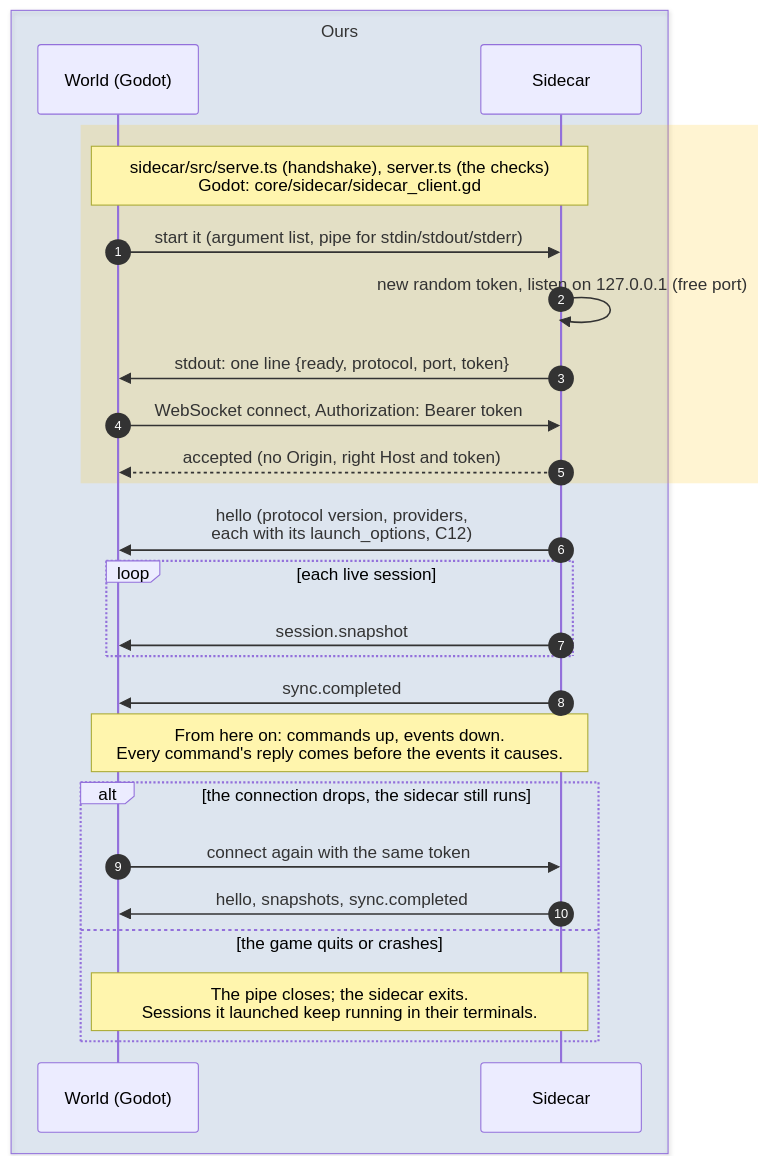
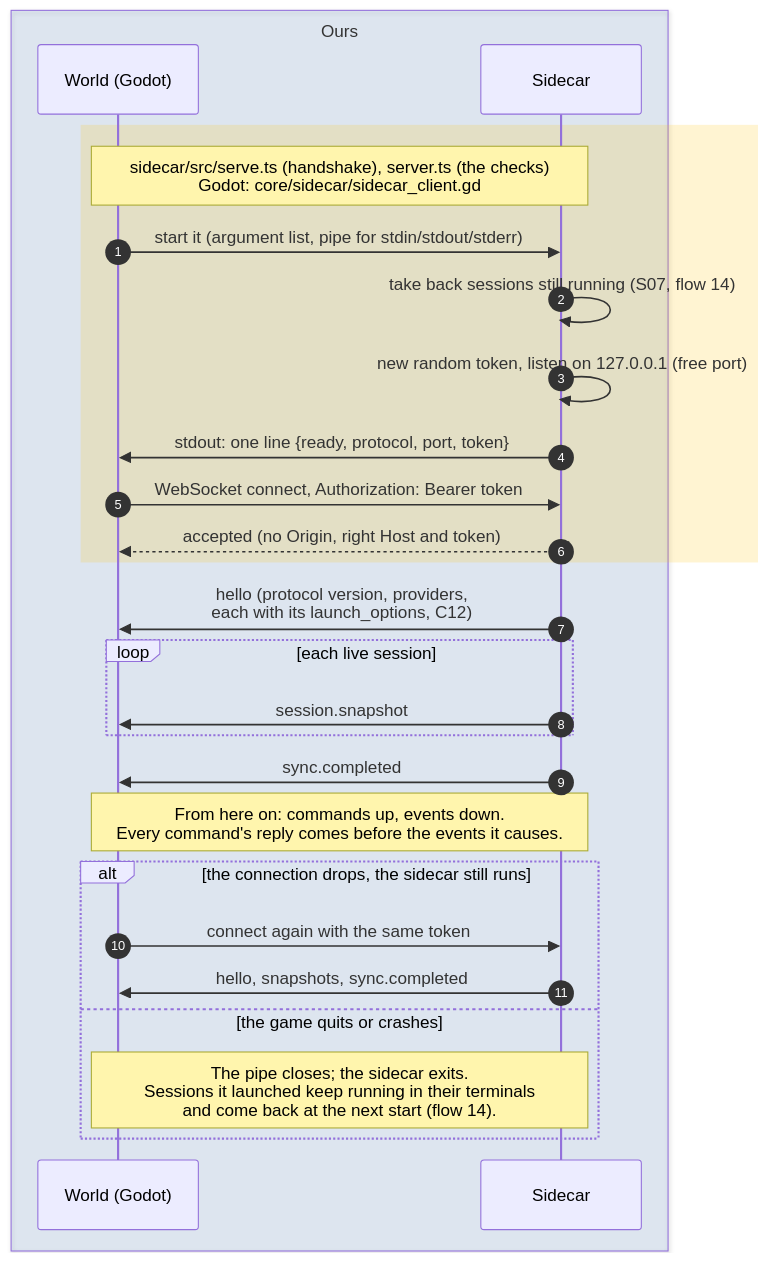
One commit to PaoloPortugal/The-Beach changed the diagram in docs/diagrams/sequence/00-starting-up.md. Above: the diagram before and after it, drawn with Mermaid. The commit also changed other lines of this file and 7 other files, not shown here.

First line of the commit message:
S07 WIP: docs (NOTES S07 built, S05 quit text, guide, flows 14-15, dev log)

````diff
--- a/docs/diagrams/sequence/00-starting-up.md
+++ b/docs/diagrams/sequence/00-starting-up.md
@@ -7,30 +7,31 @@
 ```mermaid
 sequenceDiagram
     autonumber
 
     box rgba(47,111,191,0.12) Ours
         participant World as World (Godot)
         participant Sidecar
     end
 
     rect rgba(255,193,7,0.18)
         Note over World,Sidecar: sidecar/src/serve.ts (handshake), server.ts (the checks)<br/>Godot: core/sidecar/sidecar_client.gd
         World->>Sidecar: start it (argument list, pipe for stdin/stdout/stderr)
+        Sidecar->>Sidecar: take back sessions still running (S07, flow 14)
         Sidecar->>Sidecar: new random token, listen on 127.0.0.1 (free port)
         Sidecar->>World: stdout: one line {ready, protocol, port, token}
         World->>Sidecar: WebSocket connect, Authorization: Bearer token
         Sidecar-->>World: accepted (no Origin, right Host and token)
     end
     Sidecar->>World: hello (protocol version, providers,<br/>each with its launch_options, C12)
     loop each live session
         Sidecar->>World: session.snapshot
     end
     Sidecar->>World: sync.completed
     Note over World,Sidecar: From here on: commands up, events down.<br/>Every command's reply comes before the events it causes.
     alt the connection drops, the sidecar still runs
         World->>Sidecar: connect again with the same token
         Sidecar->>World: hello, snapshots, sync.completed
     else the game quits or crashes
-        Note over World,Sidecar: The pipe closes#59; the sidecar exits.<br/>Sessions it launched keep running in their terminals.
+        Note over World,Sidecar: The pipe closes#59; the sidecar exits.<br/>Sessions it launched keep running in their terminals<br/>and come back at the next start (flow 14).
     end
 ```
````
